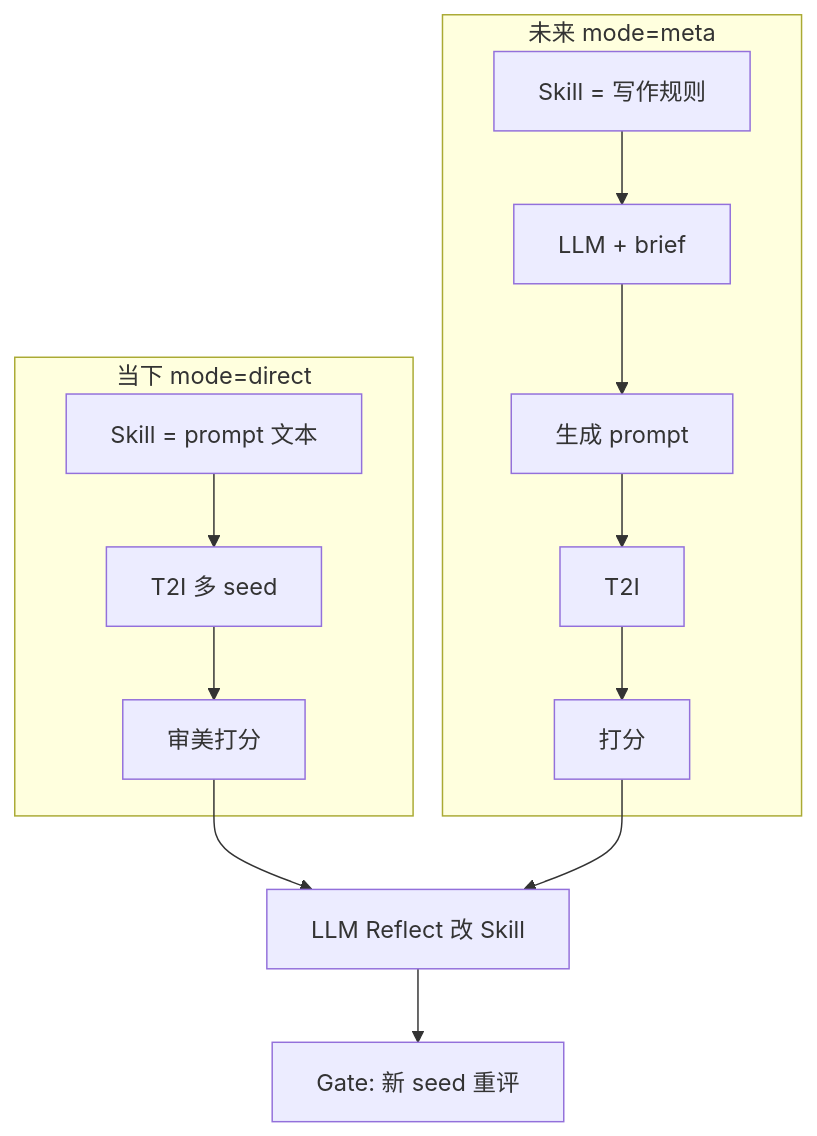
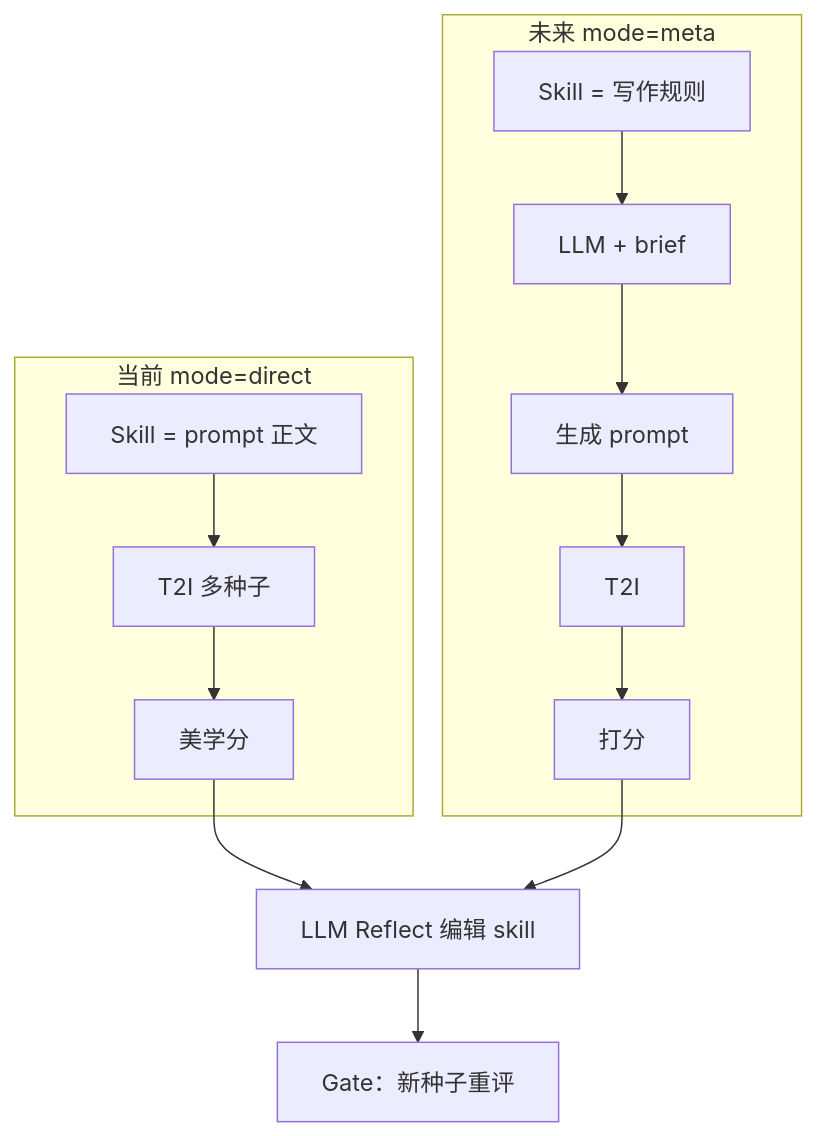
Before and after one commit to kuailefengnan2024/prompt-opt: the first of 2 diagrams in README.md, drawn with Mermaid. The commit also changed other lines of this file and 47 other files, not shown here.

````diff
--- a/README.md
+++ b/README.md
@@ -42,12 +42,12 @@
 ```mermaid
 flowchart TB
-    subgraph direct ["当下 mode=direct"]
-        D1["Skill = prompt 文本"] --> D2["T2I 多 seed"] --> D3["审美打分"]
+    subgraph direct ["当前 mode=direct"]
+        D1["Skill = prompt 正文"] --> D2["T2I 多种子"] --> D3["美学分"]
     end
     subgraph meta ["未来 mode=meta"]
         M1["Skill = 写作规则"] --> M2["LLM + brief"] --> M3["生成 prompt"] --> M4["T2I"] --> M5["打分"]
     end
-    D3 --> Reflect["LLM Reflect 改 Skill"]
+    D3 --> Reflect["LLM Reflect 编辑 skill"]
     M5 --> Reflect
-    Reflect --> Gate["Gate: 新 seed 重评"]
+    Reflect --> Gate["Gate：新种子重评"]
 ```
````
